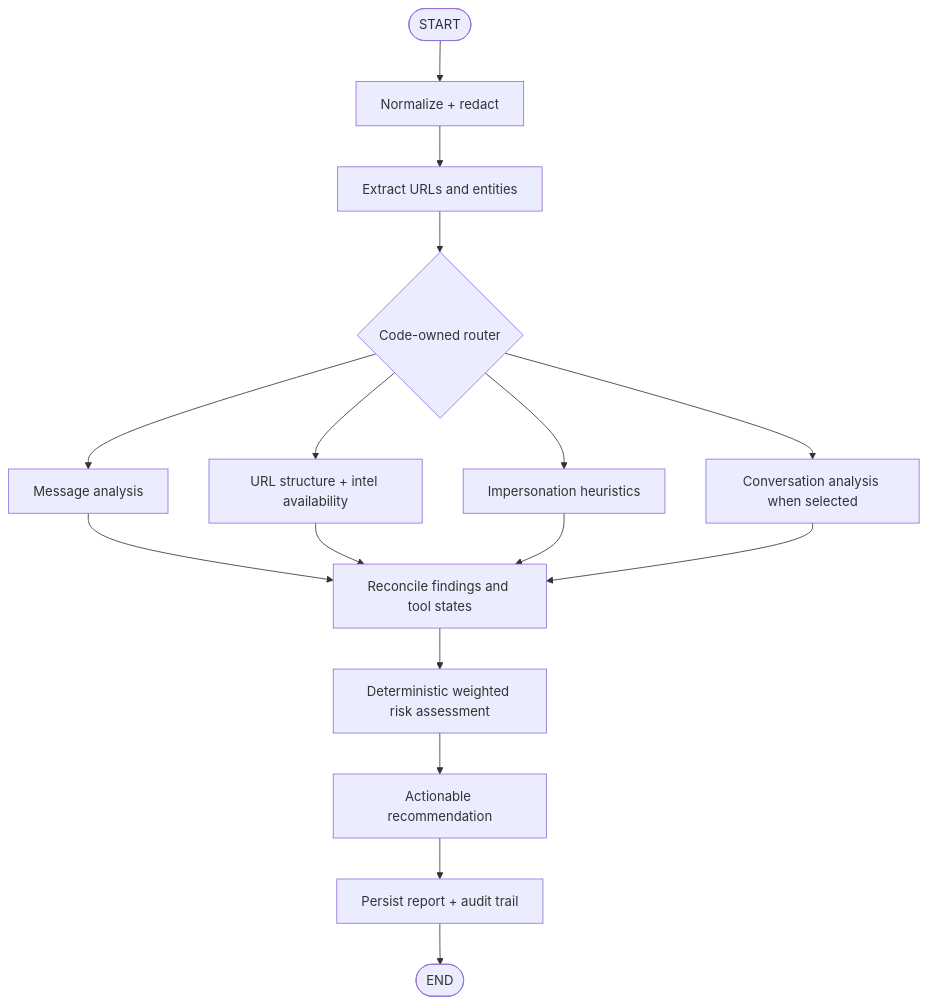
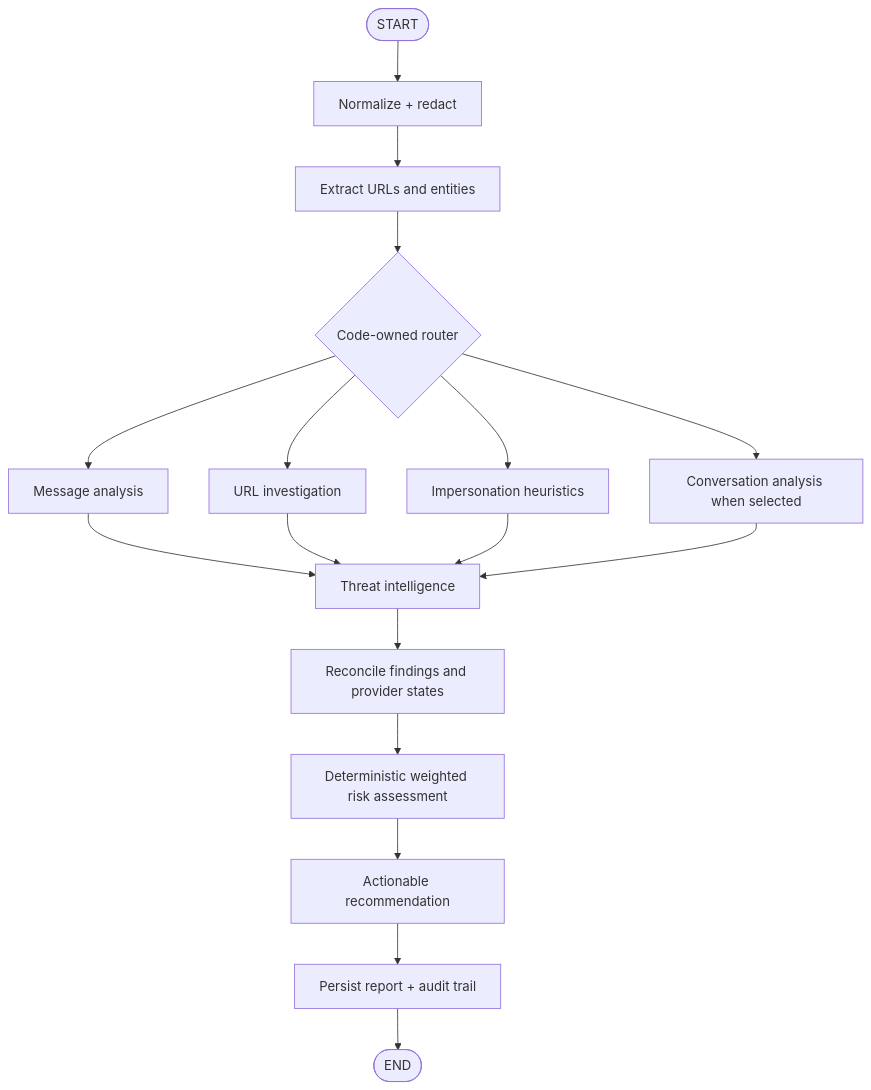
The diagram in docs/architecture/agent-workflow.md (pallavi-rayasam/scamguard), drawn with Mermaid before and after one commit. The commit also changed other lines of this file and 11 other files, not shown here.

Commit message:
feat: separate threat intelligence audit stage

````diff
--- a/docs/architecture/agent-workflow.md
+++ b/docs/architecture/agent-workflow.md
@@ -3,18 +3,19 @@
 ```mermaid
 flowchart TD
   S([START]) --> N[Normalize + redact]
   N --> E[Extract URLs and entities]
   E --> R{Code-owned router}
   R --> M[Message analysis]
-  R --> U[URL structure + intel availability]
+  R --> U[URL investigation]
   R --> I[Impersonation heuristics]
   R --> C[Conversation analysis when selected]
-  M --> V[Reconcile findings and tool states]
-  U --> V
-  I --> V
-  C --> V
+  M --> T[Threat intelligence]
+  U --> T
+  I --> T
+  C --> T
+  T --> V[Reconcile findings and provider states]
   V --> RA[Deterministic weighted risk assessment]
   RA --> RC[Actionable recommendation]
   RC --> P[Persist report + audit trail]
   P --> X([END])
 ```
````
